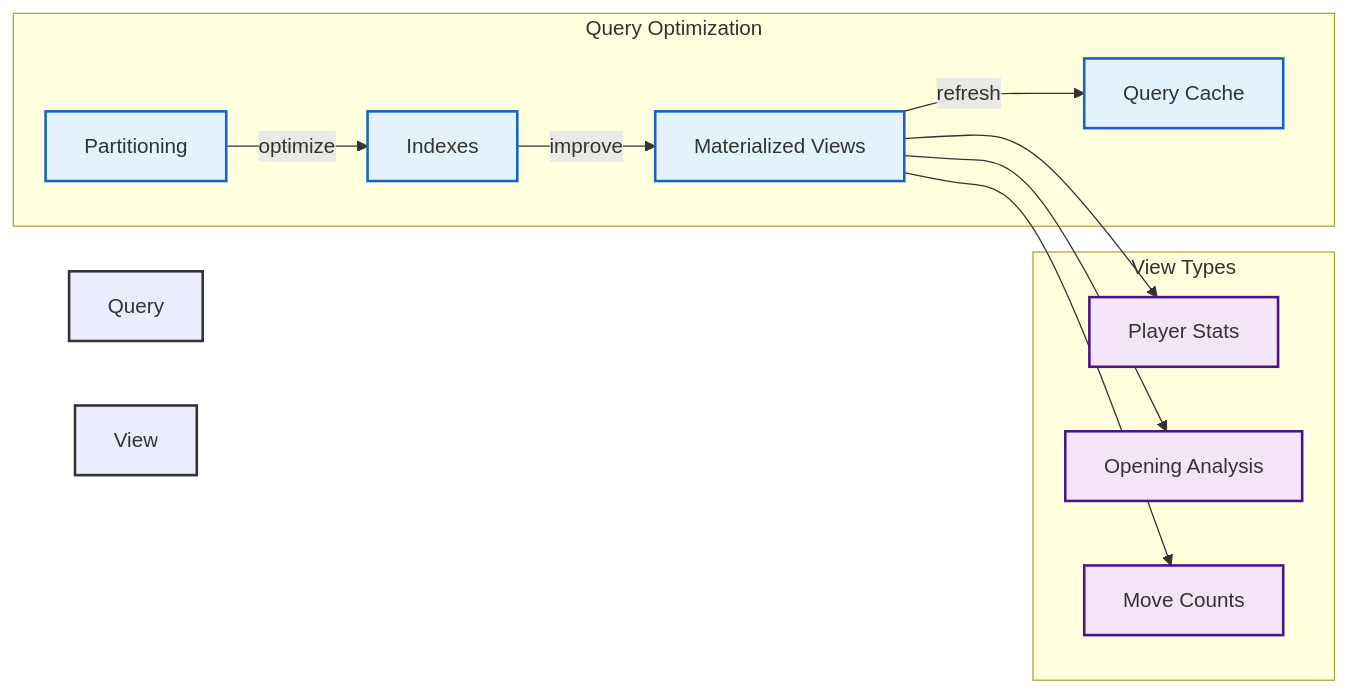
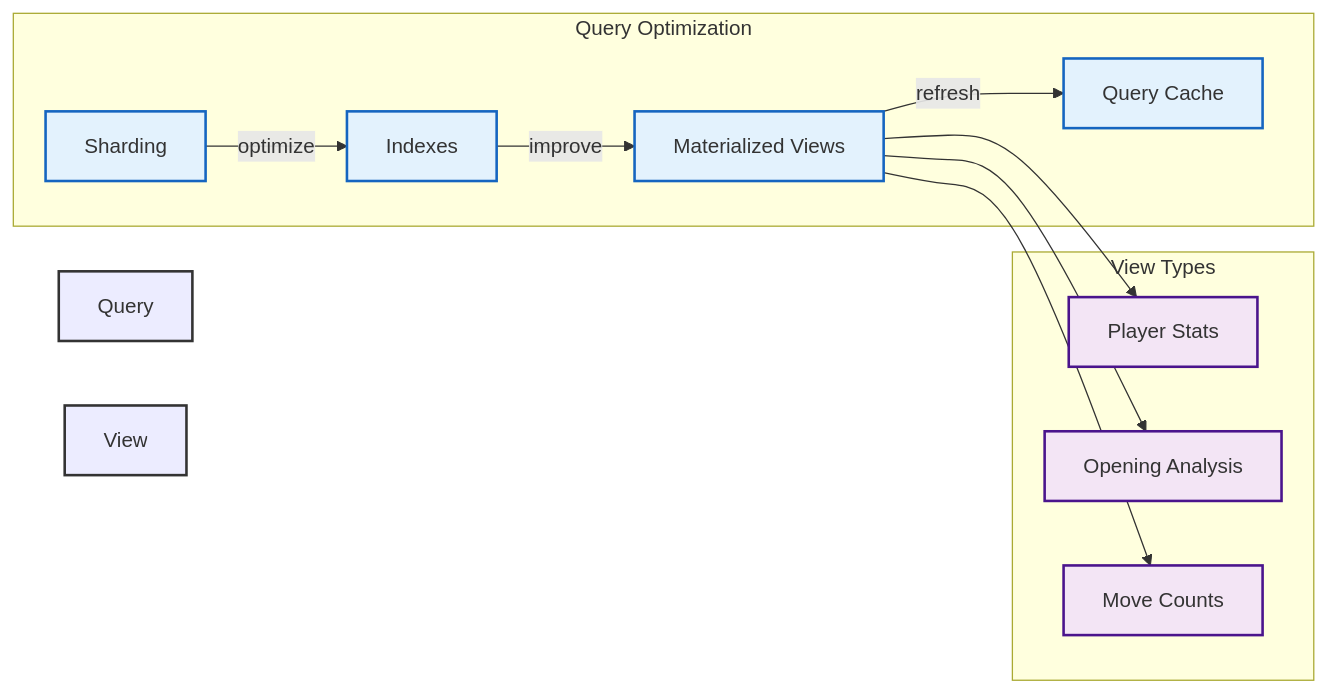
Before and after one commit to nessaee/chess-database: the second of 5 diagrams in docs/optimizations.md, drawn with Mermaid. The commit also changed other lines of this file and 4 other files, not shown here.

```diff
--- a/docs/optimizations.md
+++ b/docs/optimizations.md
@@ -114,34 +114,34 @@
 <pre class="mermaid">
 graph LR
     subgraph "Query Optimization"
         MV["Materialized Views"]
         IDX["Indexes"]
-        PART["Partitioning"]
+        PART["Sharding"]
         CACHE["Query Cache"]
     end
     
     MV -->|refresh| CACHE
     IDX -->|improve| MV
     PART -->|optimize| IDX
     
     subgraph "View Types"
         PS["Player Stats"]
         OA["Opening Analysis"]
         MC["Move Counts"]
     end
     
     MV --> PS
     MV --> OA
     MV --> MC
     
     %% Styling
     classDef query fill:#e3f2fd,stroke:#1565c0,stroke-width:2px;
     classDef view fill:#f3e5f5,stroke:#4a148c,stroke-width:2px;
     
     class MV,IDX,PART,CACHE query;
     class PS,OA,MC view;
     
     %% Group Styling
     style Query Optimization fill:#f5f5f5,stroke:#333,stroke-width:2px;
     style View Types fill:#f5f5f5,stroke:#333,stroke-width:2px;
 </pre>
```
